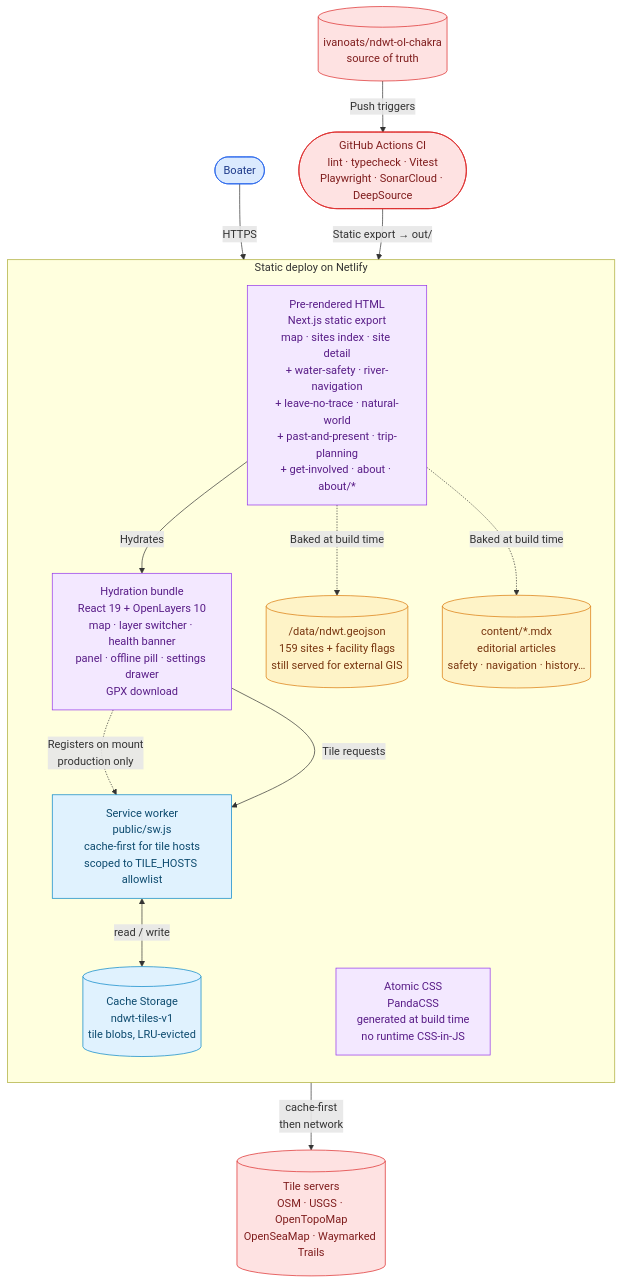
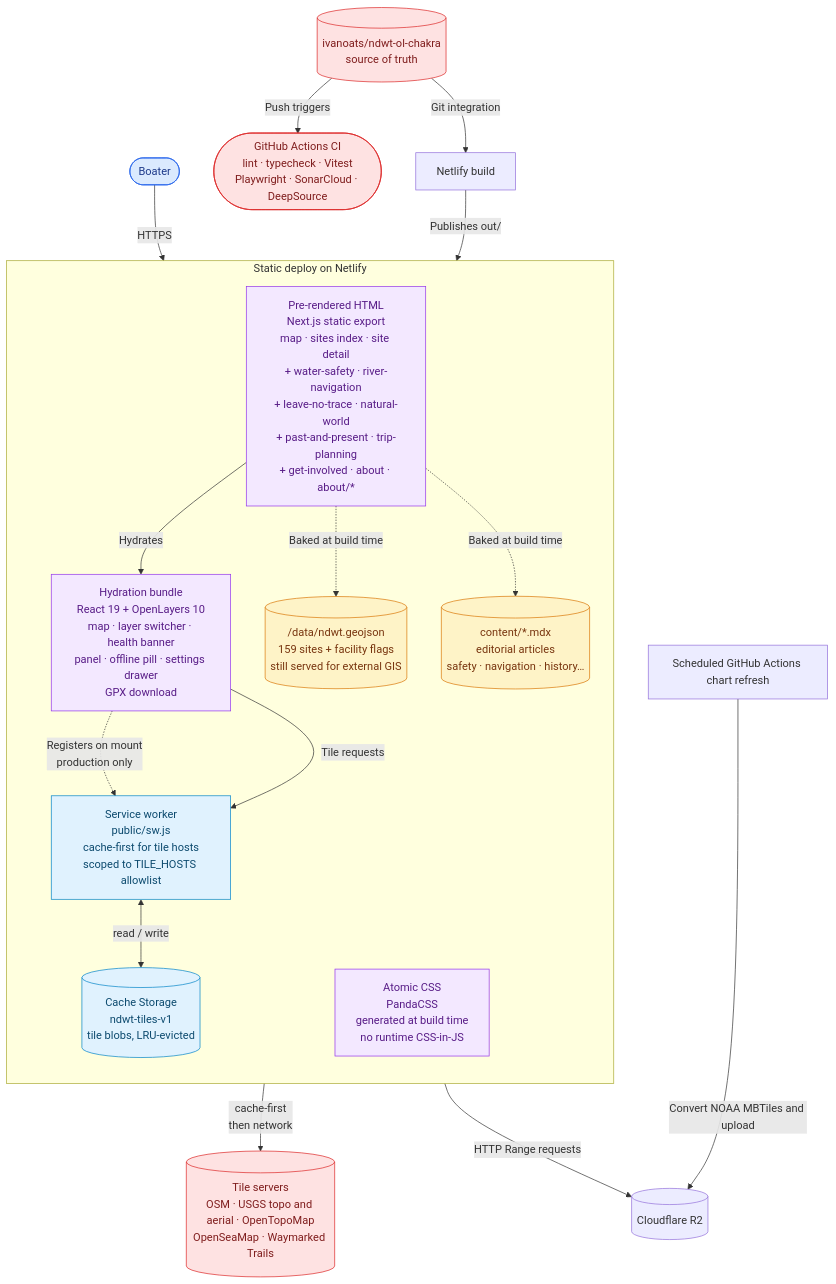
Before and after one commit to ivanoats/ndwt-ol-chakra: the second of 2 diagrams in docs/architecture/overview.md, drawn with Mermaid. The commit also changed other lines of this file and 9 other files, not shown here.

First line of the commit message:
docs: refresh trail map architecture and maintainer guides (#108)

````diff
--- a/docs/architecture/overview.md
+++ b/docs/architecture/overview.md
@@ -52,41 +54,44 @@
 ```mermaid
 flowchart TB
   boater(["Boater"])
 
   subgraph deploy["Static deploy on Netlify"]
     direction TB
     html["Pre-rendered HTML<br/>Next.js static export<br/>map · sites index · site detail<br/>+ water-safety · river-navigation<br/>+ leave-no-trace · natural-world<br/>+ past-and-present · trip-planning<br/>+ get-involved · about · about/*"]
     js["Hydration bundle<br/>React 19 + OpenLayers 10<br/>map · layer switcher · health banner<br/>panel · offline pill · settings drawer<br/>GPX download"]
     css["Atomic CSS<br/>PandaCSS<br/>generated at build time<br/>no runtime CSS-in-JS"]
     sw["Service worker<br/>public/sw.js<br/>cache-first for tile hosts<br/>scoped to TILE_HOSTS allowlist"]
     cache[("Cache Storage<br/>ndwt-tiles-v1<br/>tile blobs, LRU-evicted")]
     data[("/data/ndwt.geojson<br/>159 sites + facility flags<br/>still served for external GIS")]
     mdx[("content/*.mdx<br/>editorial articles<br/>safety · navigation · history…")]
   end
 
   ci(["GitHub Actions CI<br/>lint · typecheck · Vitest<br/>Playwright · SonarCloud · DeepSource"])
-  tiles[("Tile servers<br/>OSM · USGS · OpenTopoMap<br/>OpenSeaMap · Waymarked Trails")]
+  tiles[("Tile servers<br/>OSM · USGS topo and aerial · OpenTopoMap<br/>OpenSeaMap · Waymarked Trails")]
   repo[("ivanoats/ndwt-ol-chakra<br/>source of truth")]
 
   boater -->|HTTPS| html
   html -->|Hydrates| js
   js -.->|Registers on mount<br/>production only| sw
   js -->|Tile requests| sw
   sw -->|cache-first<br/>then network| tiles
   sw <-->|read / write| cache
   html -.->|Baked at build time| data
   html -.->|Baked at build time| mdx
   repo -->|Push triggers| ci
-  ci -->|Static export → out/| deploy
+  repo -->|Git integration| build["Netlify build"]
+  build -->|Publishes out/| deploy
+  refresh["Scheduled GitHub Actions chart refresh"] -->|Convert NOAA MBTiles and upload| r2[("Cloudflare R2")]
+  js -->|HTTP Range requests| r2
 
   classDef container fill:#f3e8ff,stroke:#9333ea,color:#581c87;
   classDef store fill:#fef3c7,stroke:#d97706,color:#78350f;
   classDef ext fill:#fee2e2,stroke:#dc2626,color:#7f1d1d;
   classDef person fill:#dbeafe,stroke:#2563eb,color:#1e3a8a;
   classDef resilience fill:#e0f2fe,stroke:#0284c7,color:#0c4a6e;
   class boater person
   class html,js,css container
   class data,mdx store
   class ci,tiles,repo ext
   class sw,cache resilience
 ```
````
